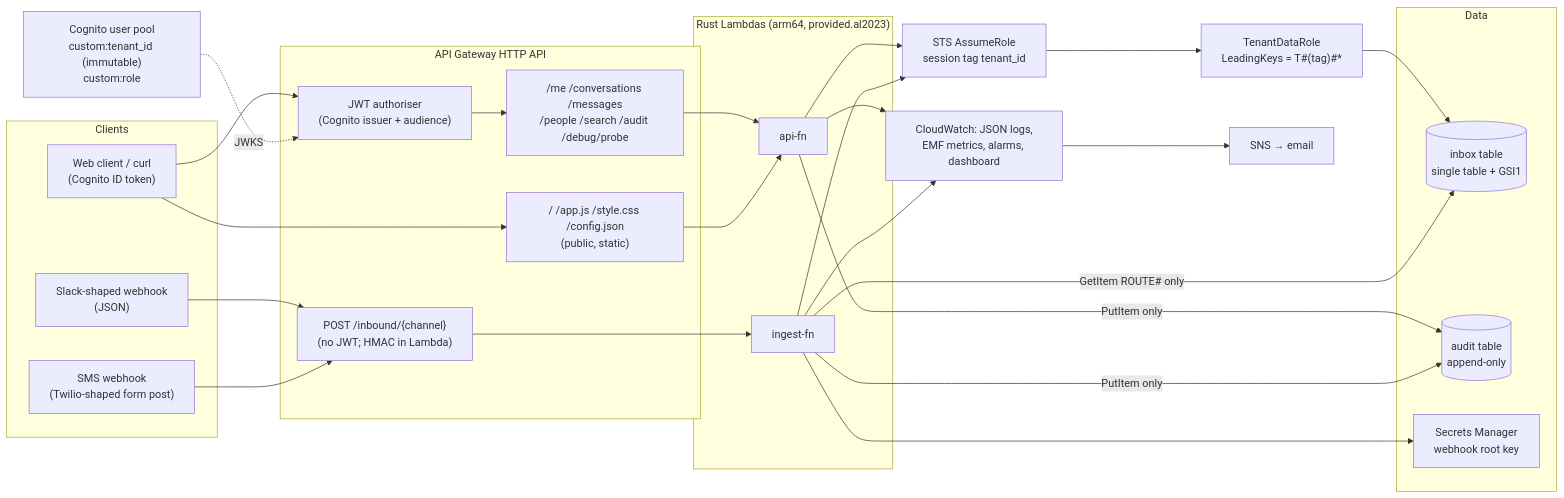
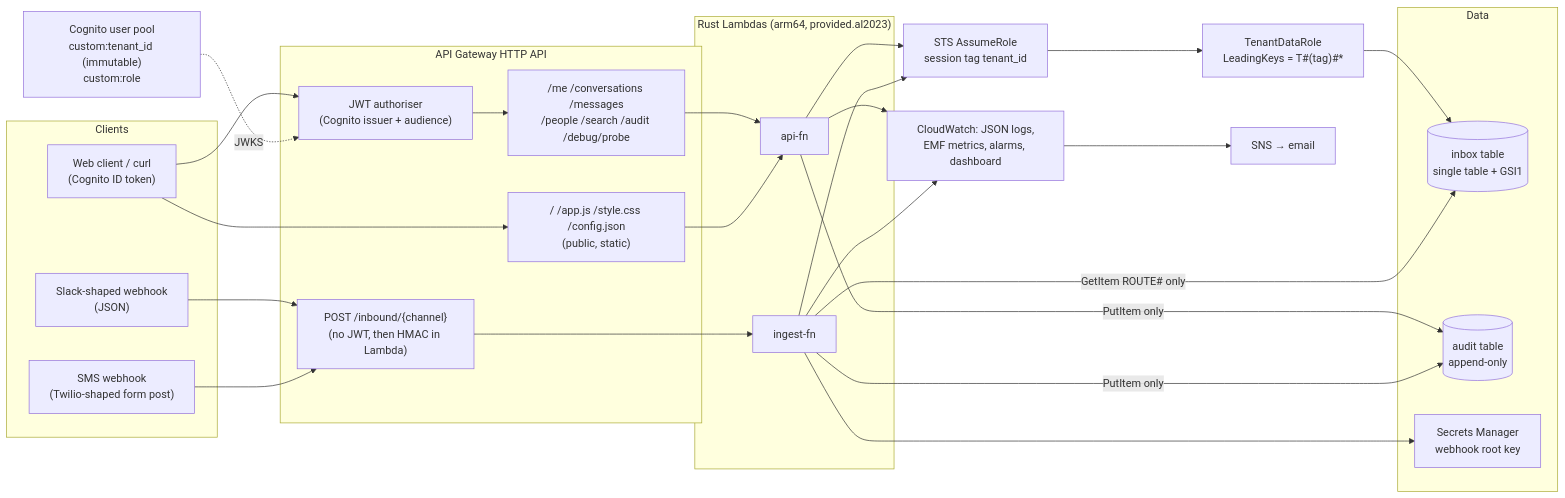
Before and after one commit to danvaneijck/corro-demo: the first of 3 diagrams in ARCHITECTURE.md, drawn with Mermaid. The commit also changed other lines of this file, not shown here.

First line of the commit message:
Fix Mermaid diagrams in ARCHITECTURE.md

````diff
--- a/ARCHITECTURE.md
+++ b/ARCHITECTURE.md
@@ -31,44 +31,44 @@
 ```mermaid
 flowchart LR
   subgraph Clients
     W["Web client / curl<br/>(Cognito ID token)"]
     SL["Slack-shaped webhook<br/>(JSON)"]
     SMS["SMS webhook<br/>(Twilio-shaped form post)"]
   end
 
   subgraph Edge["API Gateway HTTP API"]
     JWT["JWT authoriser<br/>(Cognito issuer + audience)"]
     R1["/me /conversations /messages<br/>/people /search /audit /debug/probe"]
     R0["/ /app.js /style.css /config.json<br/>(public, static)"]
-    R2["POST /inbound/{channel}<br/>(no JWT; HMAC in Lambda)"]
+    R2["POST /inbound/{channel}<br/>(no JWT, then HMAC in Lambda)"]
   end
 
   COG["Cognito user pool<br/>custom:tenant_id (immutable)<br/>custom:role"]
 
   subgraph Compute["Rust Lambdas (arm64, provided.al2023)"]
     API["api-fn"]
     ING["ingest-fn"]
   end
 
   STS["STS AssumeRole<br/>session tag tenant_id"]
-  TR["TenantDataRole<br/>LeadingKeys = T#(tag)#*"]
+  TR["TenantDataRole<br/>LeadingKeys = T#35;(tag)#35;*"]
 
   subgraph Data
     DDB[("inbox table<br/>single table + GSI1")]
     AUD[("audit table<br/>append-only")]
     SM["Secrets Manager<br/>webhook root key"]
   end
 
   CW["CloudWatch: JSON logs,<br/>EMF metrics, alarms, dashboard"]
   SNS["SNS → email"]
 
   W --> JWT --> R1 --> API
   W --> R0 --> API
   COG -. JWKS .-> JWT
   SL & SMS --> R2 --> ING
   API & ING --> STS --> TR --> DDB
   API & ING -->|PutItem only| AUD
-  ING -->|GetItem ROUTE# only| DDB
+  ING -->|GetItem ROUTE#35; only| DDB
   ING --> SM
   API & ING --> CW --> SNS
 ```
````
